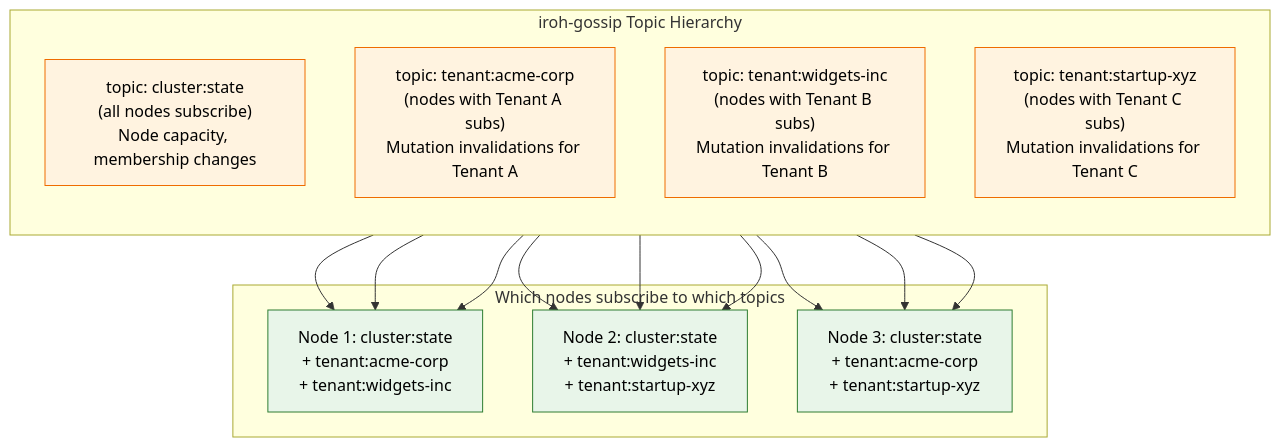
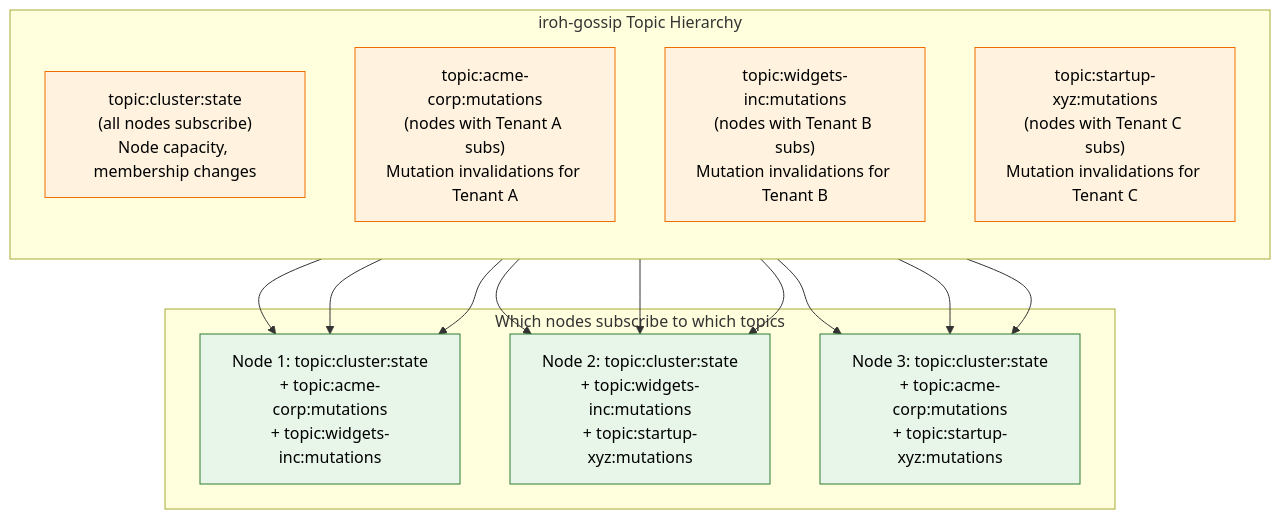
One commit to nimbus/nimbus changed diagram 25 of 28 in docs/architecture/horizontal-scaling.md. Above: the diagram before and after it, drawn with Mermaid. The commit also changed other lines of this file and 10 other files, not shown here.

````diff
--- a/docs/architecture/horizontal-scaling.md
+++ b/docs/architecture/horizontal-scaling.md
@@ -1401,31 +1402,31 @@
 ```mermaid
 flowchart TD
     subgraph topics["iroh-gossip Topic Hierarchy"]
         direction TB
 
-        Cluster["topic: cluster:state\n(all nodes subscribe)\nNode capacity, membership changes"]
+        Cluster["topic:cluster:state\n(all nodes subscribe)\nNode capacity, membership changes"]
 
-        TenantA["topic: tenant:acme-corp\n(nodes with Tenant A subs)\nMutation invalidations for Tenant A"]
+        TenantA["topic:acme-corp:mutations\n(nodes with Tenant A subs)\nMutation invalidations for Tenant A"]
 
-        TenantB["topic: tenant:widgets-inc\n(nodes with Tenant B subs)\nMutation invalidations for Tenant B"]
+        TenantB["topic:widgets-inc:mutations\n(nodes with Tenant B subs)\nMutation invalidations for Tenant B"]
 
-        TenantC["topic: tenant:startup-xyz\n(nodes with Tenant C subs)\nMutation invalidations for Tenant C"]
+        TenantC["topic:startup-xyz:mutations\n(nodes with Tenant C subs)\nMutation invalidations for Tenant C"]
     end
 
     subgraph nodes["Which nodes subscribe to which topics"]
-        N1["Node 1: cluster:state\n+ tenant:acme-corp\n+ tenant:widgets-inc"]
-        N2["Node 2: cluster:state\n+ tenant:widgets-inc\n+ tenant:startup-xyz"]
-        N3["Node 3: cluster:state\n+ tenant:acme-corp\n+ tenant:startup-xyz"]
+        N1["Node 1: topic:cluster:state\n+ topic:acme-corp:mutations\n+ topic:widgets-inc:mutations"]
+        N2["Node 2: topic:cluster:state\n+ topic:widgets-inc:mutations\n+ topic:startup-xyz:mutations"]
+        N3["Node 3: topic:cluster:state\n+ topic:acme-corp:mutations\n+ topic:startup-xyz:mutations"]
     end
 
     Cluster --> N1 & N2 & N3
     TenantA --> N1 & N3
     TenantB --> N1 & N2
     TenantC --> N2 & N3
 
     classDef topic fill:#fff3e0,stroke:#ef6c00,color:#000
     classDef node fill:#e8f5e9,stroke:#2e7d32,color:#000
 
     class Cluster,TenantA,TenantB,TenantC topic
     class N1,N2,N3 node
 ```
````
